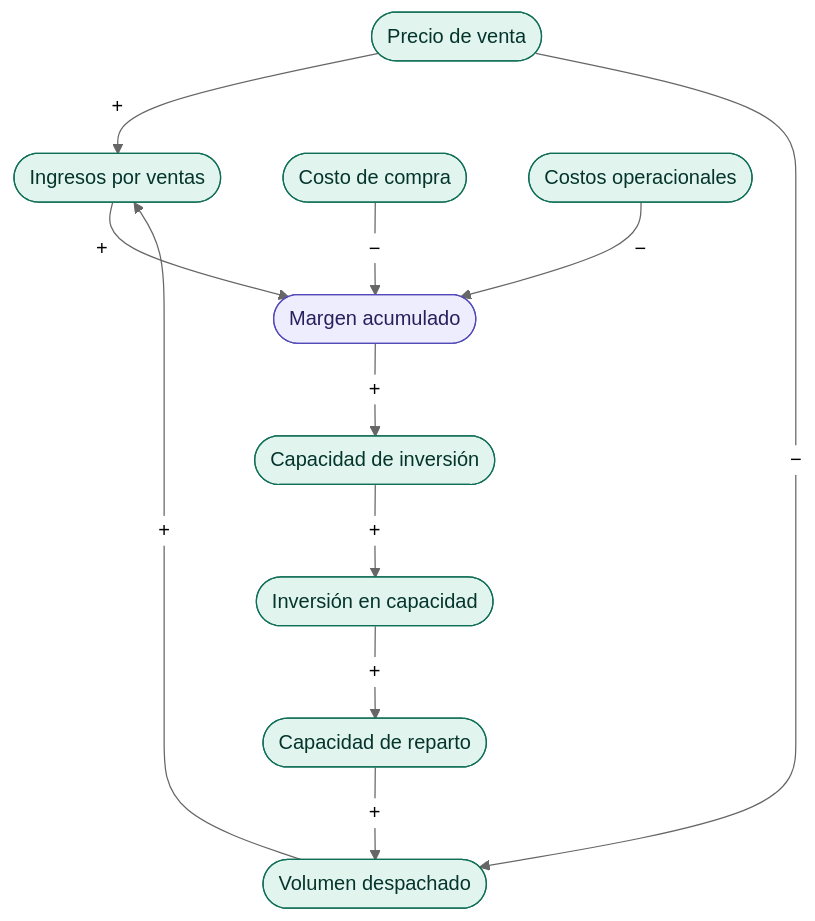
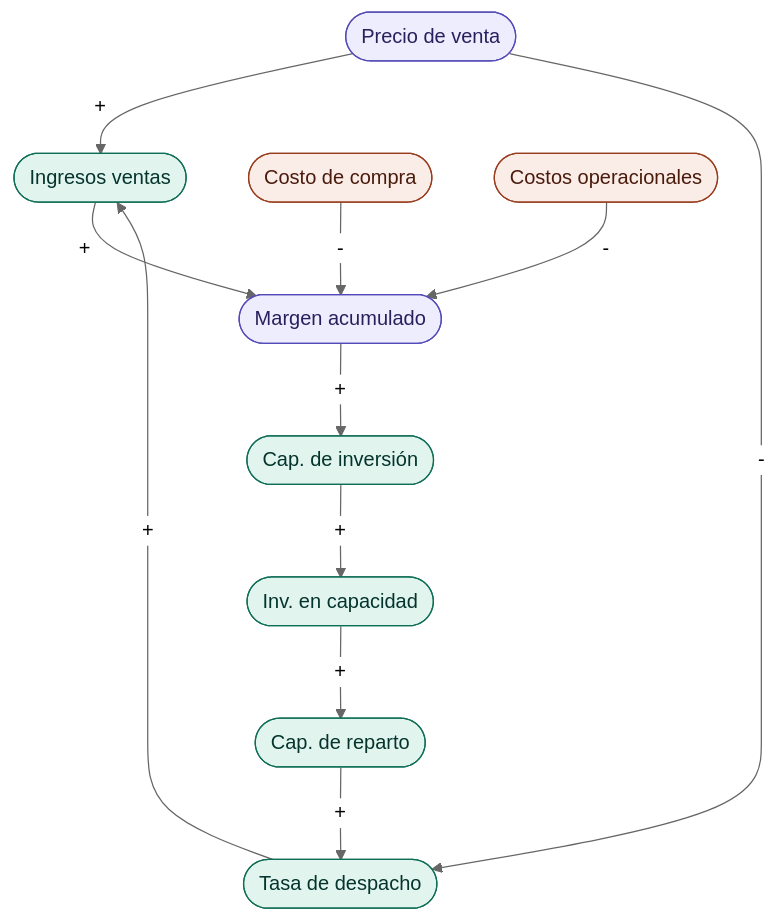
The second of 3 diagrams in docs/propuestas/carlos/readme.md (perrosxdev/Teoria-de-sistemas), drawn with Mermaid (neutral theme) before and after one commit. The commit also changed other lines of this file, not shown here.

````diff
--- a/docs/propuestas/carlos/readme.md
+++ b/docs/propuestas/carlos/readme.md
@@ -93,28 +101,29 @@
 ```mermaid
 graph TD
-    PV([Precio de venta]):::var
-    VD([Volumen despachado]):::var
-    IV([Ingresos por ventas]):::var
-    CC([Costo de compra]):::var
-    CO([Costos operacionales]):::var
-    MC([Margen acumulado]):::stock
-    CI([Capacidad de inversión]):::var
-    IC([Inversión en capacidad]):::var
-    CR([Capacidad de reparto]):::var
+    PV([Precio de venta]):::param
+    TD([Tasa de despacho]):::var
+    IV([Ingresos ventas]):::flu
+    CC([Costo de compra]):::costo
+    CO([Costos operacionales]):::costo
+    MA([Margen acumulado]):::stock
+    CI([Cap. de inversión]):::var
+    IC([Inv. en capacidad]):::flu
+    CR([Cap. de reparto]):::var
 
     PV -->|+| IV
-    VD -->|+| IV
-    PV -->|−| VD
-
-    IV -->|+| MC
-    CC -->|−| MC
-    CO -->|−| MC
-
-    MC -->|+| CI
+    TD -->|+| IV
+    PV -->|-| TD
+    IV -->|+| MA
+    CC -->|-| MA
+    CO -->|-| MA
+    MA -->|+| CI
     CI -->|+| IC
     IC -->|+| CR
-    CR -->|+| VD
+    CR -->|+| TD
 
-    classDef var fill:#E1F5EE,stroke:#0F6E56,color:#04342C
+    classDef param fill:#EEEDFE,stroke:#534AB7,color:#26215C
+    classDef var   fill:#E1F5EE,stroke:#0F6E56,color:#04342C
+    classDef flu   fill:#E1F5EE,stroke:#0F6E56,color:#04342C
     classDef stock fill:#EEEDFE,stroke:#534AB7,color:#26215C
+    classDef costo fill:#FAECE7,stroke:#993C1D,color:#4A1B0C
 ```
````
